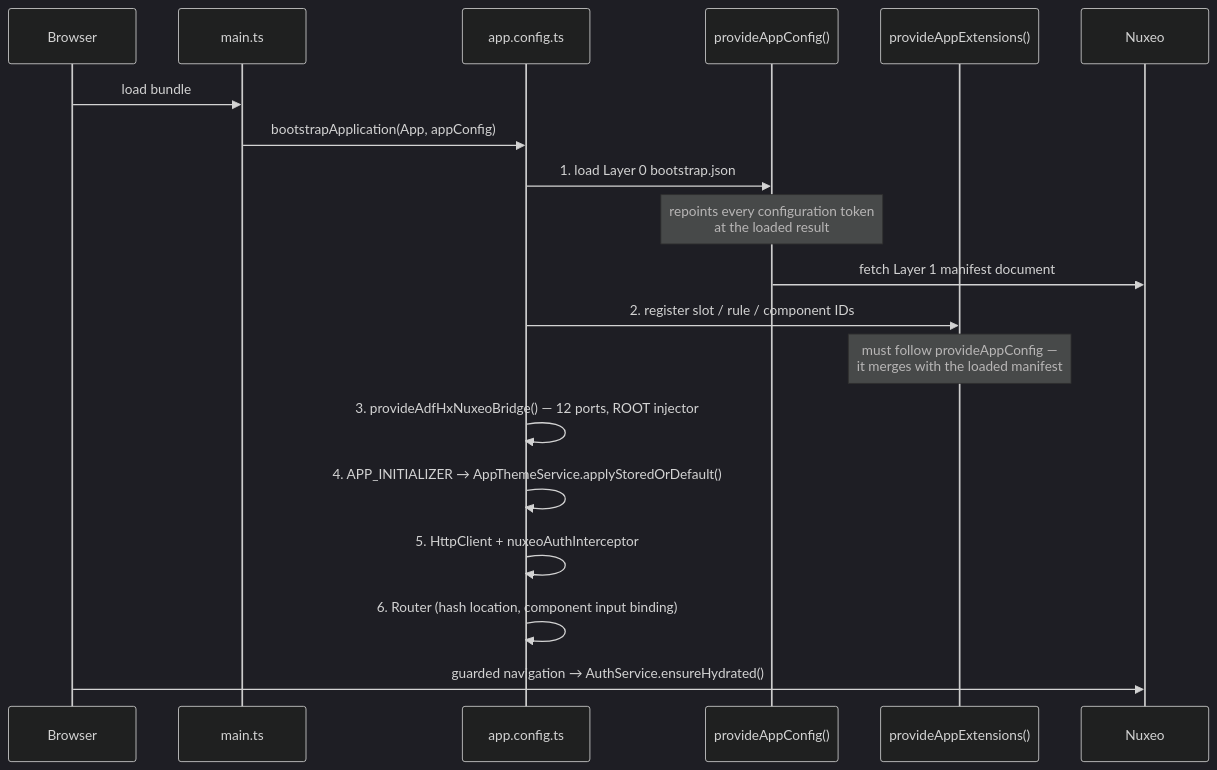
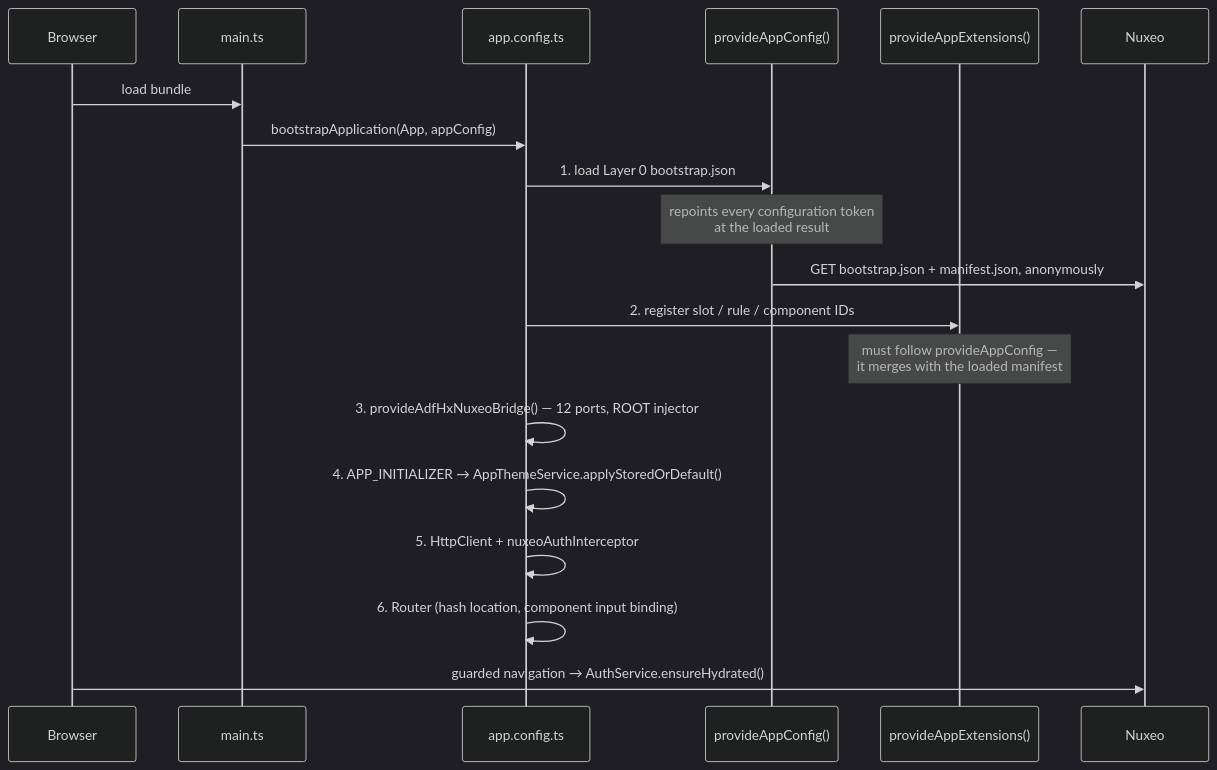
The second of 7 diagrams in documentation/30-engineering/02-architecture.md (nuxeo/agentic-ui-poc), drawn with Mermaid (dark theme) before and after one commit. The commit also changed other lines of this file and 15 other files, not shown here.

````diff
--- a/documentation/30-engineering/02-architecture.md
+++ b/documentation/30-engineering/02-architecture.md
@@ -112,22 +112,22 @@
 ```mermaid
 sequenceDiagram
   participant B as Browser
   participant M as main.ts
   participant C as app.config.ts
   participant Cfg as provideAppConfig()
   participant Ext as provideAppExtensions()
   participant N as Nuxeo
 
   B->>M: load bundle
   M->>C: bootstrapApplication(App, appConfig)
   C->>Cfg: 1. load Layer 0 bootstrap.json
   Note over Cfg: repoints every configuration token<br/>at the loaded result
-  Cfg->>N: fetch Layer 1 manifest document
+  Cfg->>N: GET bootstrap.json + manifest.json, anonymously
   C->>Ext: 2. register slot / rule / component IDs
   Note over Ext: must follow provideAppConfig —<br/>it merges with the loaded manifest
   C->>C: 3. provideAdfHxNuxeoBridge() — 12 ports, ROOT injector
   C->>C: 4. APP_INITIALIZER → AppThemeService.applyStoredOrDefault()
   C->>C: 5. HttpClient + nuxeoAuthInterceptor
   C->>C: 6. Router (hash location, component input binding)
   B->>N: guarded navigation → AuthService.ensureHydrated()
 ```
````
